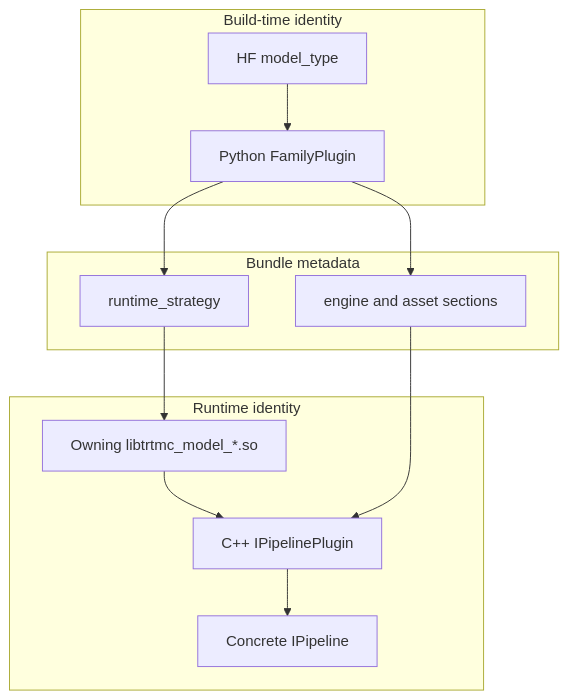
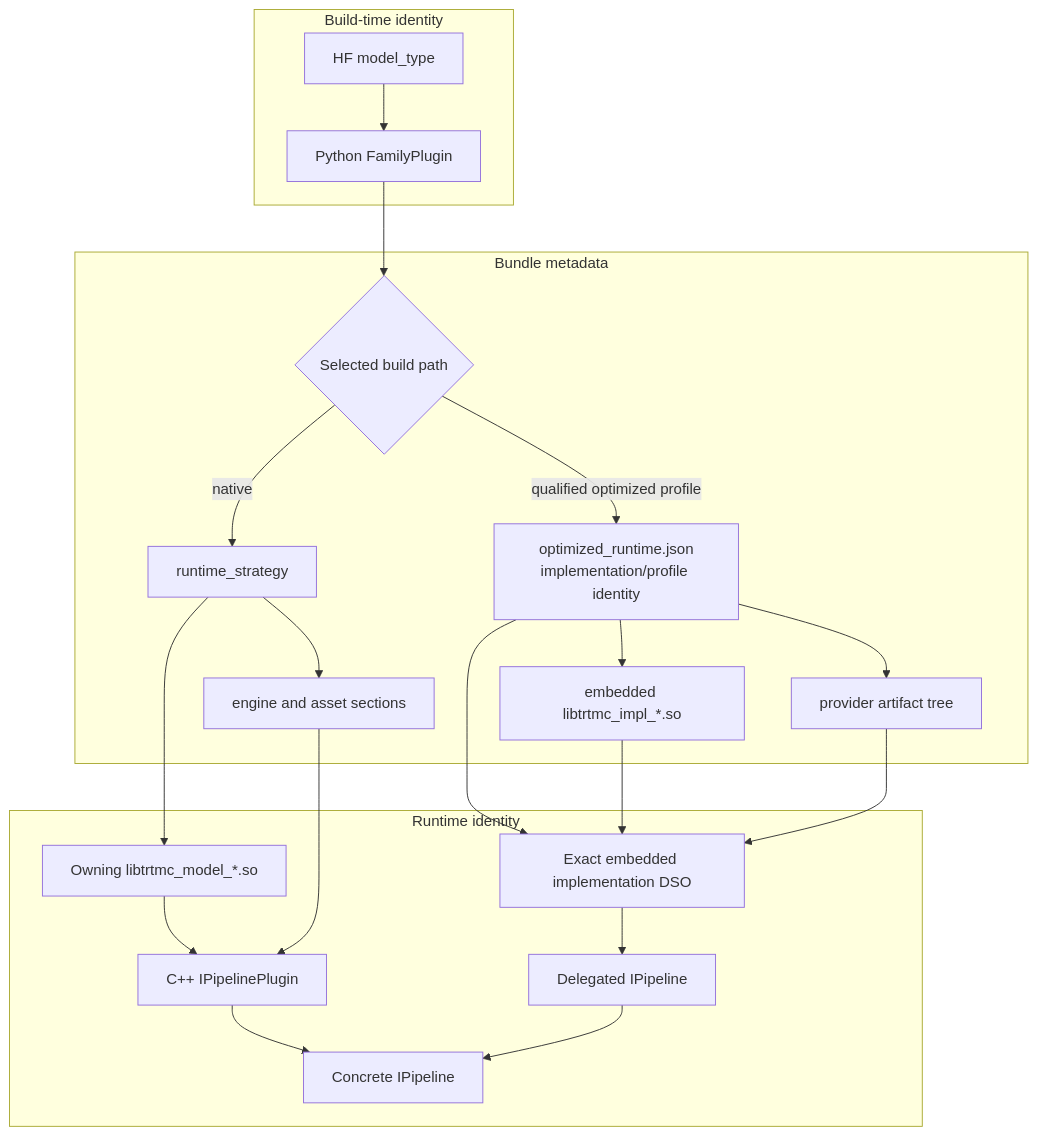
The third of 6 diagrams in website/docs/architecture/overview.md (NVIDIA/TensorRT-Model-Connect), drawn with Mermaid before and after one commit. The commit also changed other lines of this file and 38 other files, not shown here.

````diff
--- a/website/docs/architecture/overview.md
+++ b/website/docs/architecture/overview.md
@@ -161,18 +161,27 @@
 ```mermaid
 flowchart TB
   subgraph BuildTime["Build-time identity"]
     ModelType["HF model_type"] --> Family["Python FamilyPlugin"]
   end
 
   subgraph BundleTime["Bundle metadata"]
-    Family --> Strategy["runtime_strategy"]
-    Family --> Sections["engine and asset sections"]
+    Family --> BuildPath{"Selected build path"}
+    BuildPath -->|native| Strategy["runtime_strategy"]
+    Strategy --> Sections["engine and asset sections"]
+    BuildPath -->|qualified optimized profile| Descriptor["optimized_runtime.json<br/>implementation/profile identity"]
+    Descriptor --> ProviderLibrary["embedded libtrtmc_impl_*.so"]
+    Descriptor --> ProviderArtifacts["provider artifact tree"]
   end
 
   subgraph RunTime["Runtime identity"]
     Strategy --> DSO["Owning libtrtmc_model_*.so"]
     DSO --> CppPlugin["C++ IPipelinePlugin"]
     Sections --> CppPlugin
+    Descriptor --> ProviderDSO["Exact embedded implementation DSO"]
+    ProviderLibrary --> ProviderDSO
+    ProviderArtifacts --> ProviderDSO
+    ProviderDSO --> Delegated["Delegated IPipeline"]
     CppPlugin --> Pipeline["Concrete IPipeline"]
+    Delegated --> Pipeline
   end
 ```
````
